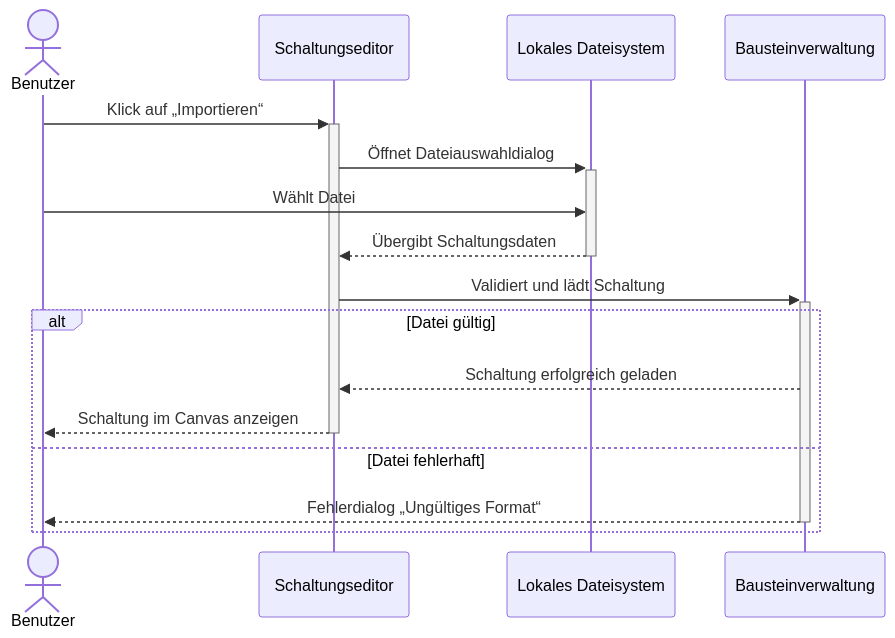
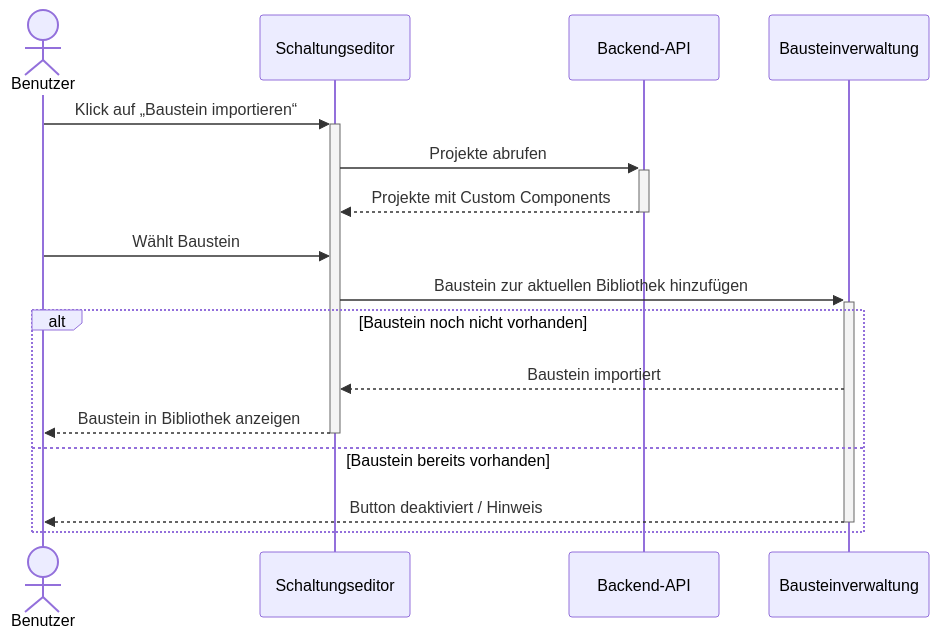
One commit to BitFlow-DHBW/BitFlow changed diagram 16 of 43 in docs/use_cases/software_requirements_specification.md. Above: the diagram before and after it, drawn with Mermaid. The commit also changed other lines of this file and 9 other files, not shown here.

````diff
--- a/docs/use_cases/software_requirements_specification.md
+++ b/docs/use_cases/software_requirements_specification.md
@@ -616,19 +669,19 @@
 ```mermaid
 sequenceDiagram
     actor Benutzer
     participant UI as Schaltungseditor
-    participant DateiSystem as Lokales Dateisystem
+    participant API as Backend-API
     participant System as Bausteinverwaltung
 
-    Benutzer ->>+ UI: Klick auf „Importieren“
-    UI ->>+ DateiSystem: Öffnet Dateiauswahldialog
-    Benutzer ->> DateiSystem: Wählt Datei
-    DateiSystem -->>- UI: Übergibt Schaltungsdaten
-    UI ->>+ System: Validiert und lädt Schaltung
-    alt Datei gültig
-        System -->> UI: Schaltung erfolgreich geladen
-        UI -->>- Benutzer: Schaltung im Canvas anzeigen
-    else Datei fehlerhaft
-        System -->>- Benutzer: Fehlerdialog „Ungültiges Format“
+    Benutzer ->>+ UI: Klick auf „Baustein importieren“
+    UI ->>+ API: Projekte abrufen
+    API -->>- UI: Projekte mit Custom Components
+    Benutzer ->> UI: Wählt Baustein
+    UI ->>+ System: Baustein zur aktuellen Bibliothek hinzufügen
+    alt Baustein noch nicht vorhanden
+        System -->> UI: Baustein importiert
+        UI -->>- Benutzer: Baustein in Bibliothek anzeigen
+    else Baustein bereits vorhanden
+        System -->>- Benutzer: Button deaktiviert / Hinweis
     end
 ```
````
